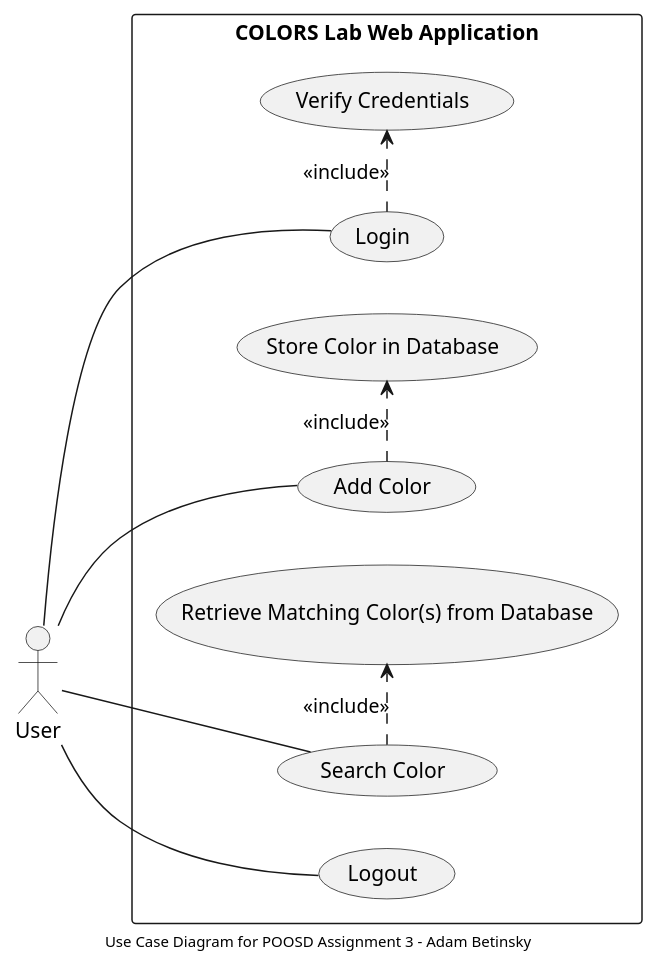
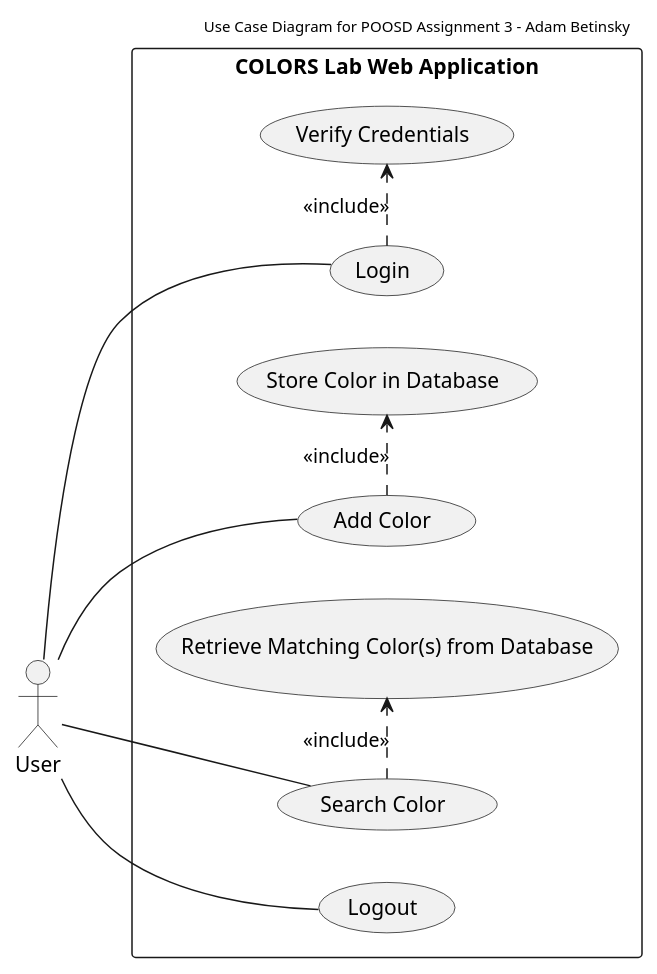
One commit to ABetinsky/Adam-Betinsky-COLORS-Lab changed the diagram in docs/uml/usecase.puml. Above: the diagram before and after it, drawn with PlantUML. The commit also changed other lines of this file and 5 other files, not shown here.

Commit message:
Changed the footers to headers. Added notes to activity diagram. All finished now

```diff
--- a/docs/uml/usecase.puml
+++ b/docs/uml/usecase.puml
@@ -5,39 +5,39 @@
 @startuml
+
+' Add header to the diagram
+header Use Case Diagram for POOSD Assignment 3 - Adam Betinsky
+skinparam HeaderFontColor black
 
 ' Define the left to right direction
 left to right direction
 
 ' Define the main user for the diagram
 actor User as mainUser
 
 ' Define the rectangle for the COLORS Lab Web Application
 rectangle "COLORS Lab Web Application" {
 
     ' Define the main usecases a USER can do (with aliases for easy linking later)
     usecase "Login" as UC1
     usecase "Logout" as UC2
     usecase "Add Color" as UC3
     usecase "Search Color" as UC4
 
     ' Define the main usecases the INTERNAL SYSTEM does after specific USER actions (with aliases for easy linking later)
     usecase "Verify Credentials" as IUC1
     usecase "Store Color in Database" as IUC2
     usecase "Retrieve Matching Color(s) from Database" as IUC3
 }
 
 ' Link the main user to the main USER usecases
 mainUser -- UC1
 mainUser -- UC2
 mainUser -- UC3
 mainUser -- UC4
 
 ' Link the specific USER actions that the INTERNAL SYSTEM must do with an "<<include>>" (note that there is a lot of spacing for each "<<include>" so it doesn't render on top of a link)
 UC1 .> IUC1 : "                     <<include>>                              "
 UC3 .> IUC2 : "                     <<include>>                              "
 UC4 .> IUC3 : "                     <<include>>                              "
 
-' Add footer to the diagram
-footer Use Case Diagram for POOSD Assignment 3 - Adam Betinsky
-skinparam footerFontColor black
-
 @enduml
```
